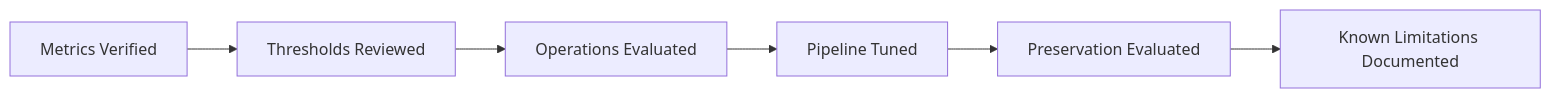
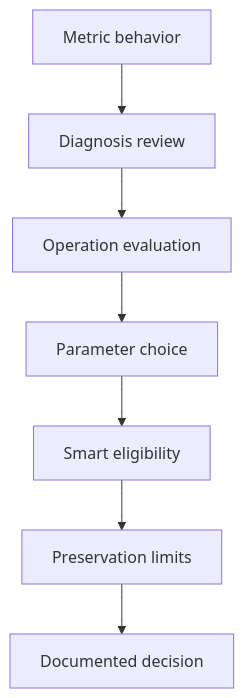
One commit to Alhareith/manuscript-doctor changed the sixth of 6 diagrams in docs/research-plan.md. Above: the diagram before and after it, drawn with Mermaid. The commit also changed other lines of this file and 168 other files, not shown here.

````diff
--- a/docs/research-plan.md
+++ b/docs/research-plan.md
@@ -349,8 +300,9 @@
 ```mermaid
-flowchart LR
-    A["Metrics Verified"] --> B["Thresholds Reviewed"]
-    B --> C["Operations Evaluated"]
-    C --> D["Pipeline Tuned"]
-    D --> E["Preservation Evaluated"]
-    E --> F["Known Limitations Documented"]
+flowchart TD
+    A["Metric behavior"] --> B["Diagnosis review"]
+    B --> C["Operation evaluation"]
+    C --> D["Parameter choice"]
+    D --> E["Smart eligibility"]
+    E --> F["Preservation limits"]
+    F --> G["Documented decision"]
 ```
````
